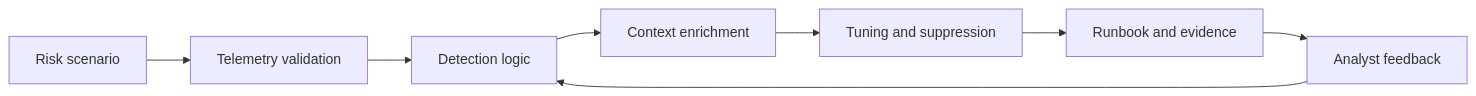
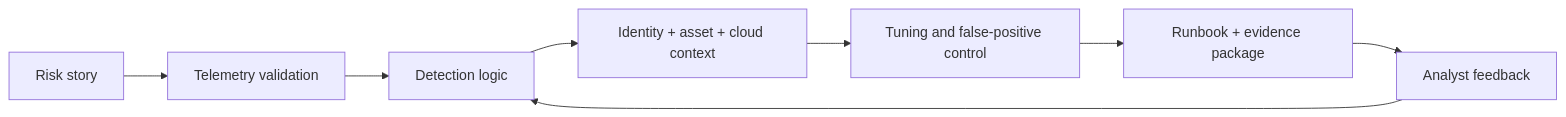
Before and after one commit to Kalla-Bhanu/BhanuNitinKalla.github.io: the diagram in README.md, drawn with Mermaid. The commit also changed other lines of this file and 1 other file, not shown here.

````diff
--- a/README.md
+++ b/README.md
@@ -125,10 +96,10 @@
 ```mermaid
 flowchart LR
-    A["Risk scenario"] --> B["Telemetry validation"]
+    A["Risk story"] --> B["Telemetry validation"]
     B --> C["Detection logic"]
-    C --> D["Context enrichment"]
-    D --> E["Tuning and suppression"]
-    E --> F["Runbook and evidence"]
+    C --> D["Identity + asset + cloud context"]
+    D --> E["Tuning and false-positive control"]
+    E --> F["Runbook + evidence package"]
     F --> G["Analyst feedback"]
     G --> C
 ```
````
